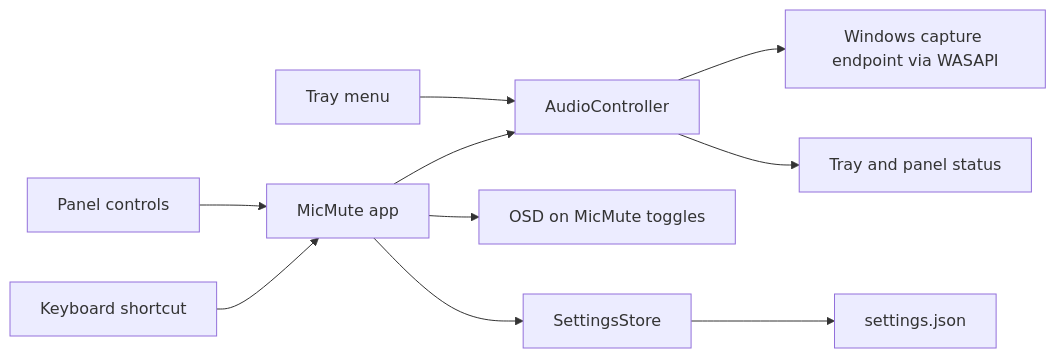
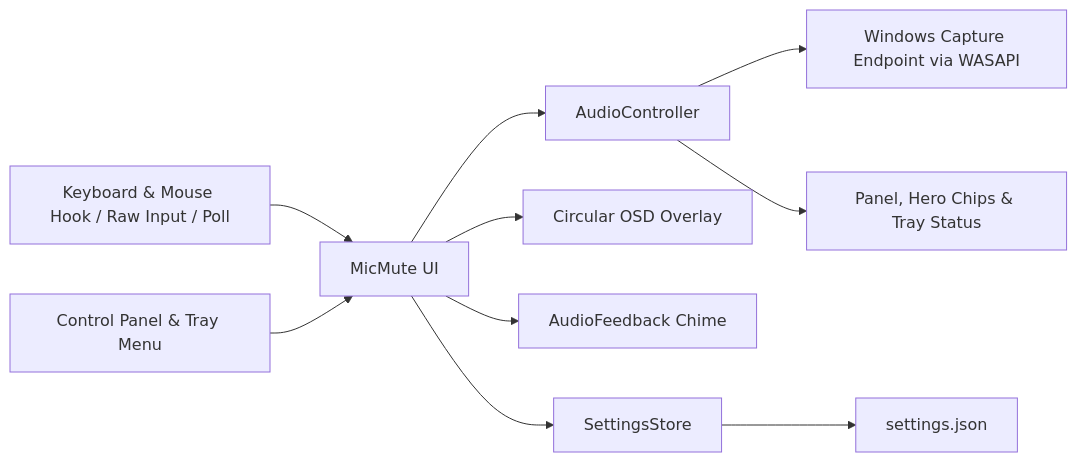
One commit to youssefhazem3-dot/MicMute changed the diagram in README.md. Above: the diagram before and after it, drawn with Mermaid. The commit also changed other lines of this file and 50 other files, not shown here.

Commit message:
chore: reorganize repository into src/MicMute, add CI/Release workflows, MIT license, and modernize README

````diff
--- a/README.md
+++ b/README.md
@@ -73,12 +156,12 @@
 ```mermaid
 graph LR
-    Keys[Keyboard shortcut] --> Main[MicMute app]
-    Panel[Panel controls] --> Main
+    Input[Keyboard & Mouse Hook / Raw Input / Poll] --> Main[MicMute UI]
+    Panel[Control Panel & Tray Menu] --> Main
     Main --> Audio[AudioController]
-    Tray[Tray menu] --> Audio
-    Audio --> Endpoint[Windows capture endpoint via WASAPI]
-    Audio --> Status[Tray and panel status]
-    Main --> OSD[OSD on MicMute toggles]
-    Main --> Settings[SettingsStore]
-    Settings --> Json[settings.json]
+    Audio --> WASAPI[Windows Capture Endpoint via WASAPI]
+    Audio --> Status[Panel, Hero Chips & Tray Status]
+    Main --> OSD[Circular OSD Overlay]
+    Main --> Chime[AudioFeedback Chime]
+    Main --> Store[SettingsStore]
+    Store --> Json[settings.json]
 ```
````
